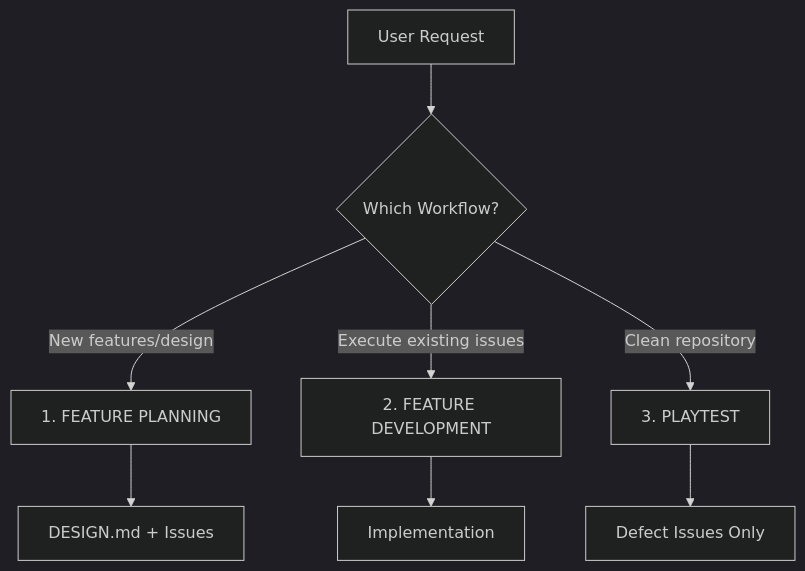
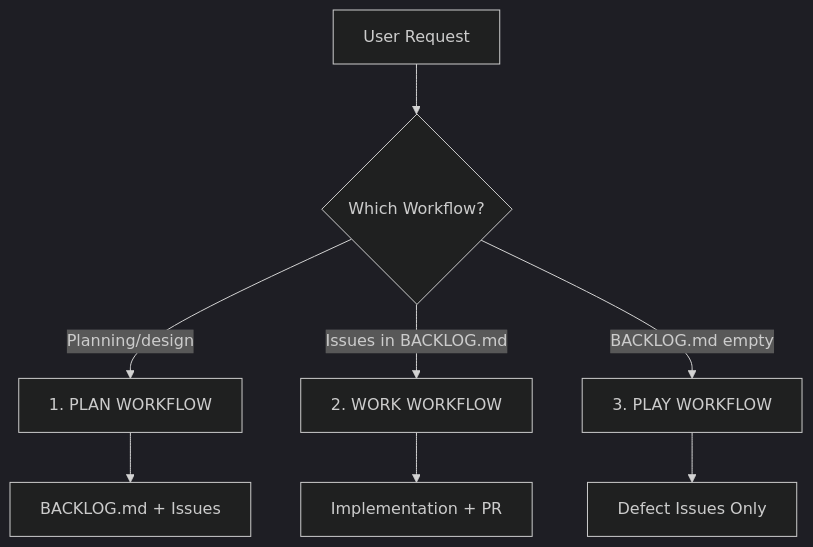
The first of 2 diagrams in README.md (krystophny/prompts), drawn with Mermaid (dark theme) before and after one commit. The commit also changed other lines of this file, not shown here.

Commit message:
docs: revise README.md for QADS v3.0 with BACKLOG.md system

````diff
--- a/README.md
+++ b/README.md
@@ -26,11 +24,11 @@
 ```mermaid
 graph TD
     User[User Request] --> WF{Which Workflow?}
-    WF -->|New features/design| FP[1. FEATURE PLANNING]
-    WF -->|Execute existing issues| FD[2. FEATURE DEVELOPMENT]
-    WF -->|Clean repository| PT[3. PLAYTEST]
+    WF -->|Planning/design| PLAN[1. PLAN WORKFLOW]
+    WF -->|Issues in BACKLOG.md| WORK[2. WORK WORKFLOW]
+    WF -->|BACKLOG.md empty| PLAY[3. PLAY WORKFLOW]
     
-    FP --> DESIGN[DESIGN.md + Issues]
-    FD --> IMPL[Implementation]
-    PT --> DEFECTS[Defect Issues Only]
+    PLAN --> BL[BACKLOG.md + Issues]
+    WORK --> IMPL[Implementation + PR]
+    PLAY --> DEFECTS[Defect Issues Only]
 ```
````
